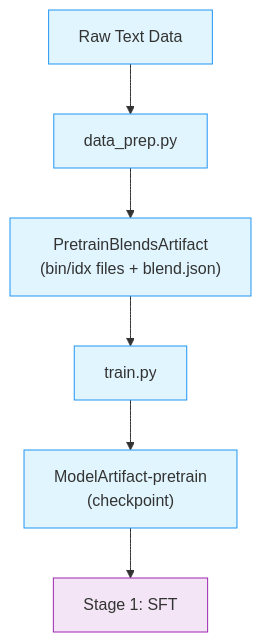
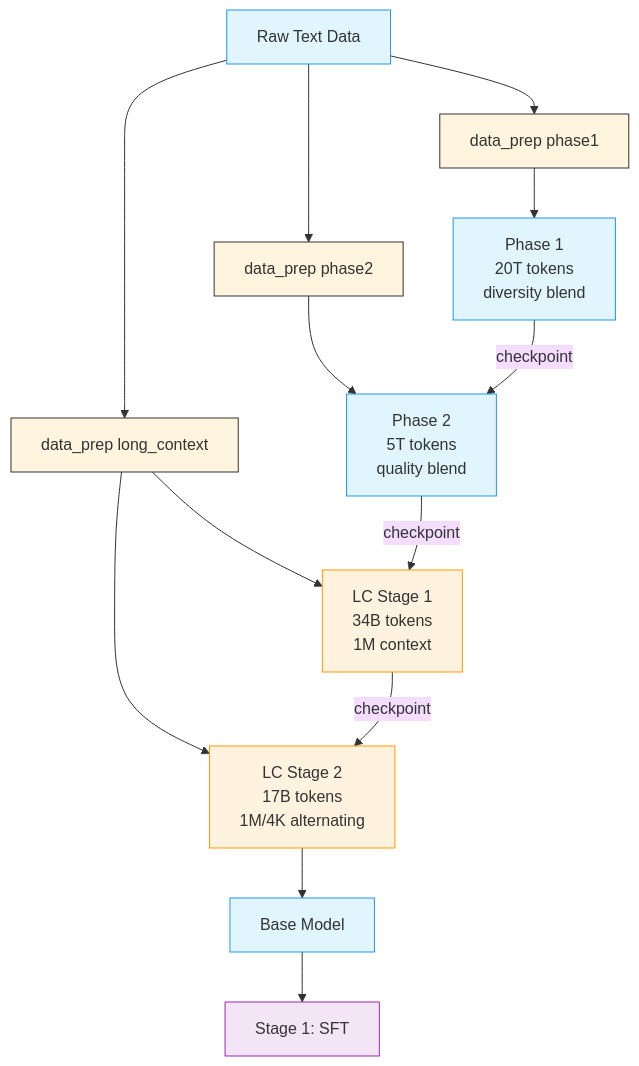
One commit to NVIDIA-NeMo/Nemotron changed the diagram in docs/nemotron/super3/pretrain.md. Above: the diagram before and after it, drawn with Mermaid. The commit also changed other lines of this file and 3 other files, not shown here.

````diff
--- a/docs/nemotron/super3/pretrain.md
+++ b/docs/nemotron/super3/pretrain.md
@@ -293,16 +320,24 @@
 ```mermaid
 %%{init: {'theme': 'base', 'themeVariables': { 'primaryBorderColor': '#333333', 'lineColor': '#333333', 'primaryTextColor': '#333333'}}}%%
 flowchart TB
-    raw["Raw Text Data"] --> dp["data_prep.py"]
-    dp --> data["PretrainBlendsArtifact<br/>(bin/idx files + blend.json)"]
-    data --> train["train.py"]
-    train --> model["ModelArtifact-pretrain<br/>(checkpoint)"]
+    raw["Raw Text Data"] --> dp1["data_prep phase1"]
+    raw --> dp2["data_prep phase2"]
+    raw --> dplc["data_prep long_context"]
+    dp1 --> p1["Phase 1<br/>20T tokens<br/>diversity blend"]
+    dp2 --> p2["Phase 2<br/>5T tokens<br/>quality blend"]
+    dplc --> lc1["LC Stage 1<br/>34B tokens<br/>1M context"]
+    dplc --> lc2["LC Stage 2<br/>17B tokens<br/>1M/4K alternating"]
+    p1 -->|checkpoint| p2
+    p2 -->|checkpoint| lc1
+    lc1 -->|checkpoint| lc2
+    lc2 --> model["Base Model"]
     model --> next["Stage 1: SFT"]
 
     style raw fill:#e1f5fe,stroke:#2196f3
-    style dp fill:#e1f5fe,stroke:#2196f3
-    style data fill:#e1f5fe,stroke:#2196f3
-    style train fill:#e1f5fe,stroke:#2196f3
+    style p1 fill:#e1f5fe,stroke:#2196f3
+    style p2 fill:#e1f5fe,stroke:#2196f3
+    style lc1 fill:#fff3e0,stroke:#ff9800
+    style lc2 fill:#fff3e0,stroke:#ff9800
     style model fill:#e1f5fe,stroke:#2196f3
     style next fill:#f3e5f5,stroke:#9c27b0
 ```
````
